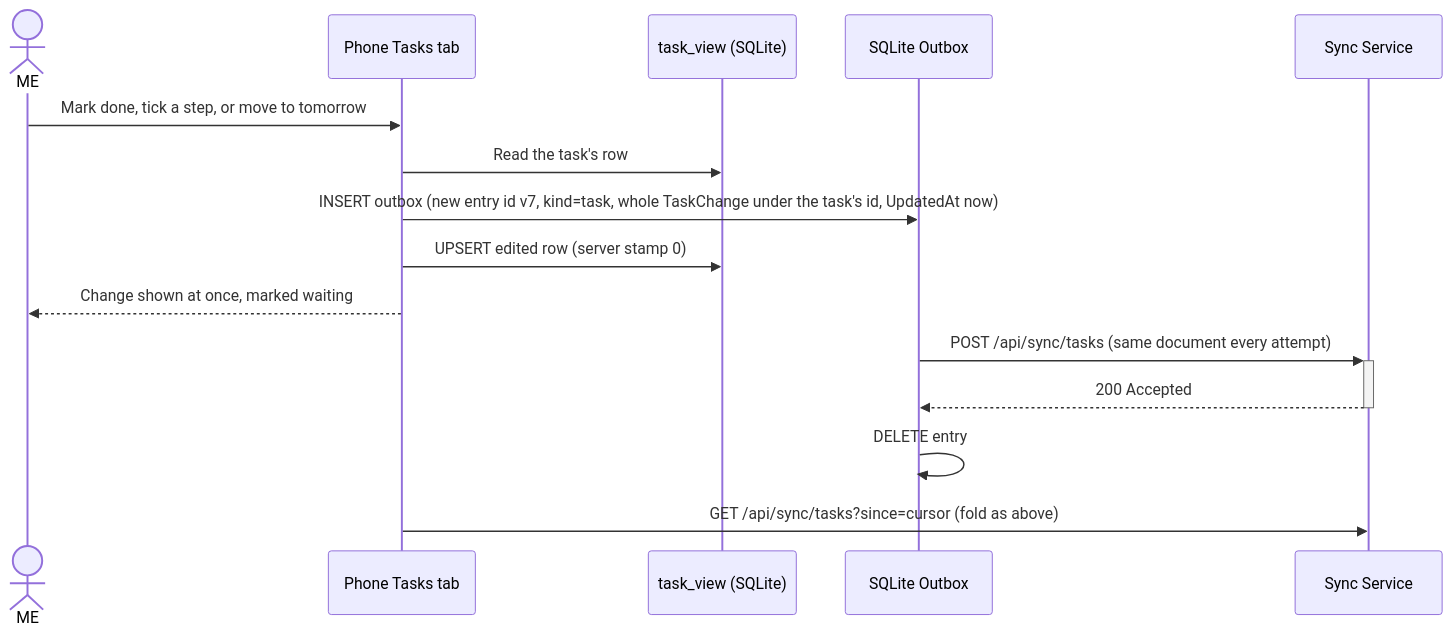
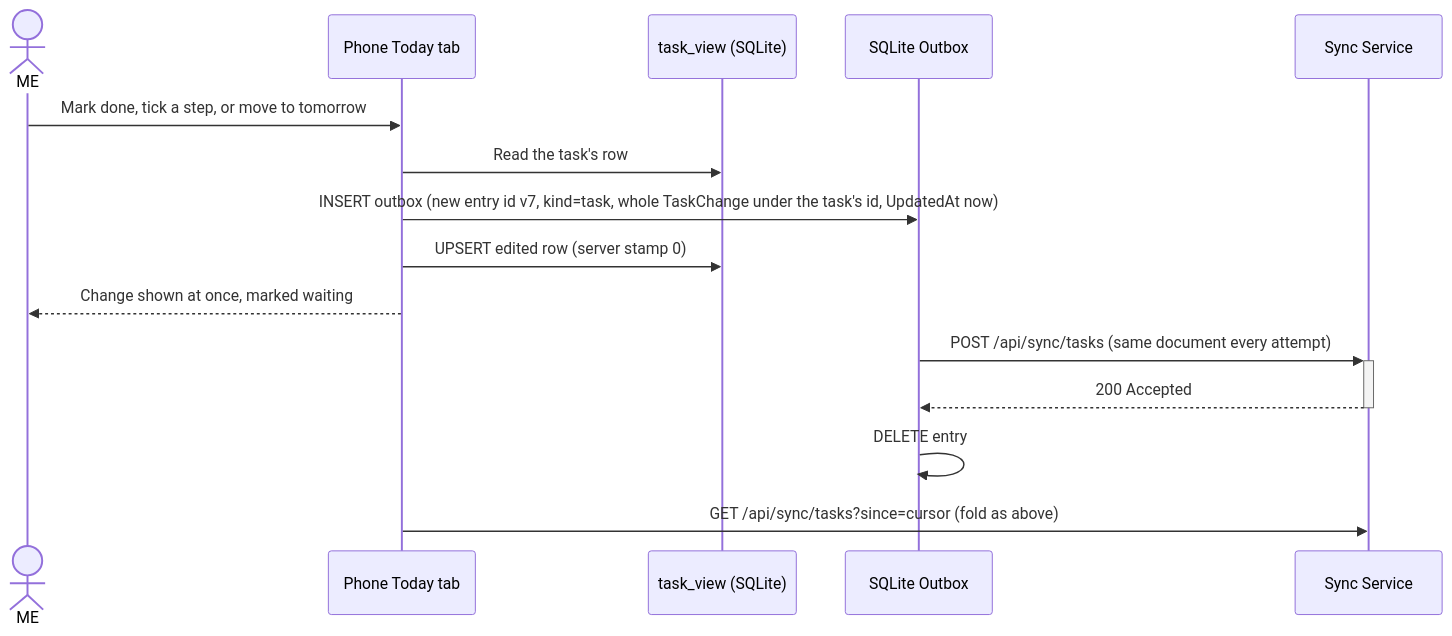
One commit to JSdotNet/Backlog changed the seventh of 13 diagrams in .devbook/arc42/06-runtime-view.md. Above: the diagram before and after it, drawn with Mermaid. The commit also changed other lines of this file and 35 other files, not shown here.

First line of the commit message:
feat(mobile): replace My Day with the phone's Today screen

````diff
--- a/.devbook/arc42/06-runtime-view.md
+++ b/.devbook/arc42/06-runtime-view.md
@@ -393,19 +393,19 @@
 ```mermaid
 sequenceDiagram
     actor ME
-    participant Tasks as Phone Tasks tab
+    participant Tasks as Phone Today tab
     participant View as task_view (SQLite)
     participant Outbox as SQLite Outbox
     participant Sync as Sync Service
 
     ME->>Tasks: Mark done, tick a step, or move to tomorrow
     Tasks->>View: Read the task's row
     Tasks->>Outbox: INSERT outbox (new entry id v7, kind=task, whole TaskChange under the task's id, UpdatedAt now)
     Tasks->>View: UPSERT edited row (server stamp 0)
     Tasks-->>ME: Change shown at once, marked waiting
 
     Outbox->>+Sync: POST /api/sync/tasks (same document every attempt)
     Sync-->>-Outbox: 200 Accepted
     Outbox->>Outbox: DELETE entry
     Tasks->>Sync: GET /api/sync/tasks?since=cursor (fold as above)
 ```
````
